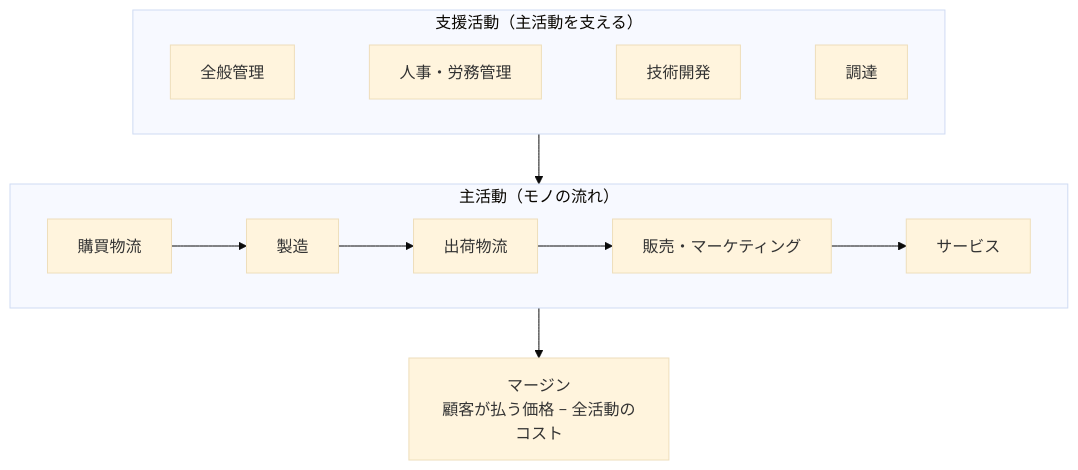
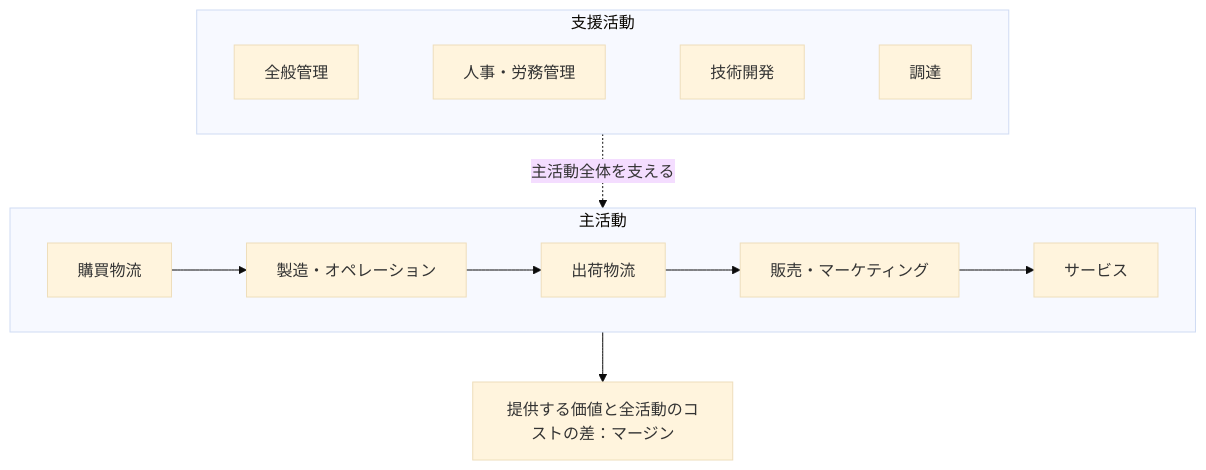
Before and after one commit to sasisi344/syllabus-hack: the diagram in src/data/post/theory/value-chain-analysis/index.md, drawn with Mermaid (base theme). The commit also changed other lines of this file and 26 other files, not shown here.

````diff
--- a/src/data/post/theory/value-chain-analysis/index.md
+++ b/src/data/post/theory/value-chain-analysis/index.md
@@ -36,13 +36,13 @@
-```mermaid caption="バリューチェーン：主活動5つと支援活動4つ、残りがマージン"
+```mermaid
 flowchart TB
-  subgraph support["支援活動（主活動を支える）"]
+  subgraph S["支援活動"]
     direction LR
     S1["全般管理"] ~~~ S2["人事・労務管理"] ~~~ S3["技術開発"] ~~~ S4["調達"]
   end
-  subgraph primary["主活動（モノの流れ）"]
+  subgraph P["主活動"]
     direction LR
-    P1["購買物流"] --> P2["製造"] --> P3["出荷物流"] --> P4["販売・マーケティング"] --> P5["サービス"]
+    P1["購買物流"] --> P2["製造・オペレーション"] --> P3["出荷物流"] --> P4["販売・マーケティング"] --> P5["サービス"]
   end
-  support --> primary
-  primary --> M["マージン<br/>顧客が払う価格 − 全活動のコスト"]
+  S -. 主活動全体を支える .-> P
+  P --> M["提供する価値と全活動のコストの差：マージン"]
 ```
````
